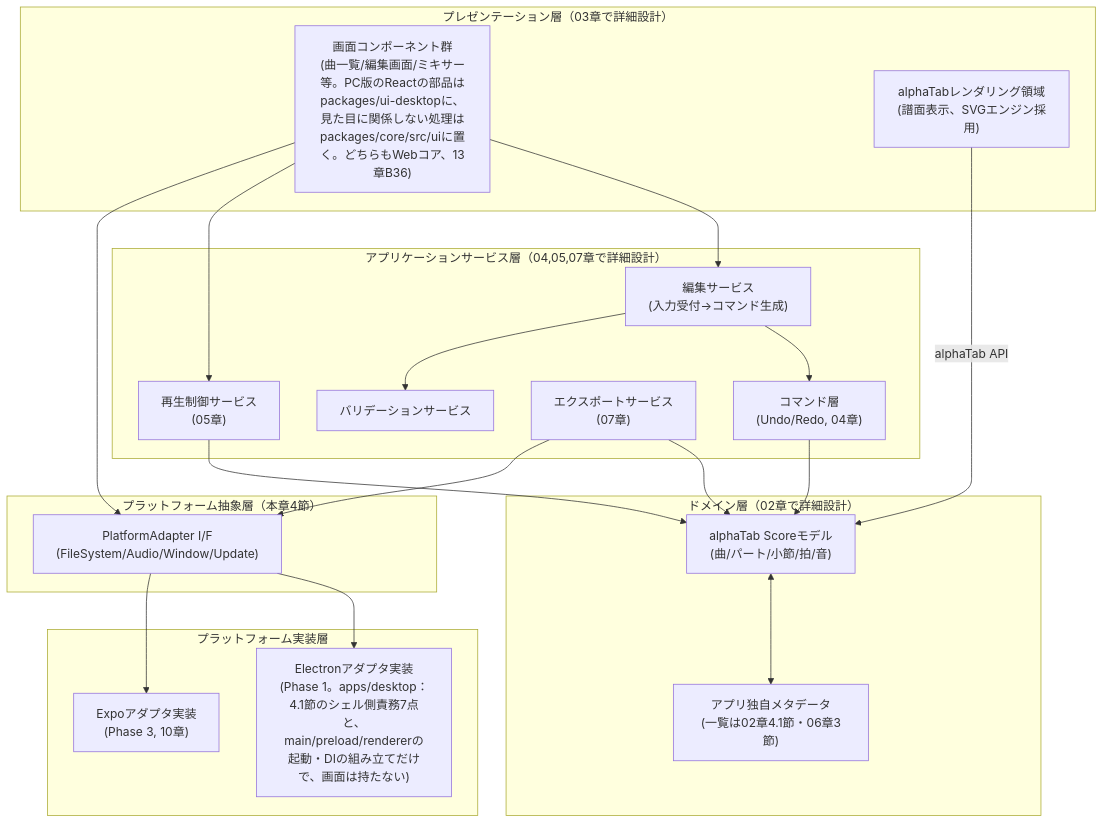
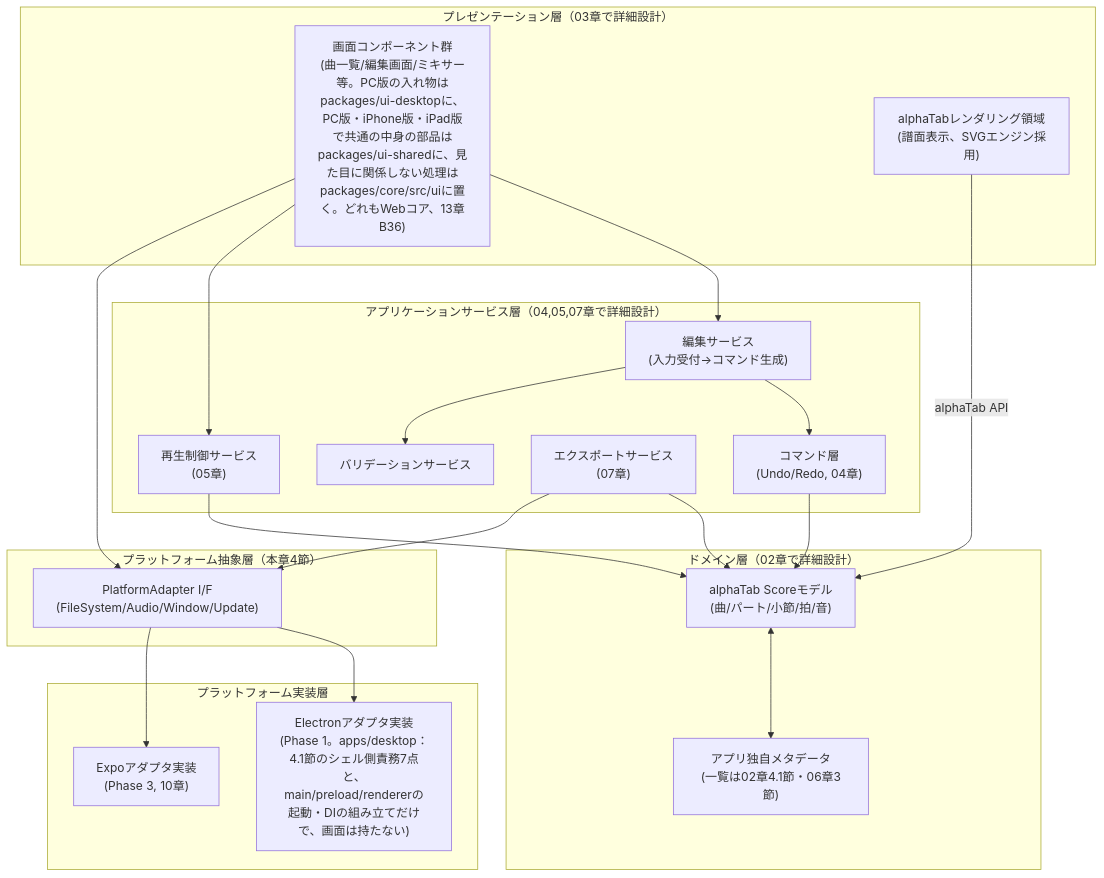
Before and after one commit to ippoooooshi/RiFF-LiNE: the first of 2 diagrams in docs/basic_design/01_architecture.md, drawn with Mermaid. The commit also changed other lines of this file and 6 other files, not shown here.

````diff
--- a/docs/basic_design/01_architecture.md
+++ b/docs/basic_design/01_architecture.md
@@ -13,38 +13,38 @@
 ```mermaid
 flowchart TB
     subgraph L1["プレゼンテーション層（03章で詳細設計）"]
-        SCR["画面コンポーネント群\n(曲一覧/編集画面/ミキサー等。PC版のReactの部品はpackages/ui-desktopに、見た目に関係しない処理はpackages/core/src/uiに置く。どちらもWebコア、13章B36)"]
+        SCR["画面コンポーネント群\n(曲一覧/編集画面/ミキサー等。PC版の入れ物はpackages/ui-desktopに、PC版・iPhone版・iPad版で共通の中身の部品はpackages/ui-sharedに、見た目に関係しない処理はpackages/core/src/uiに置く。どれもWebコア、13章B36)"]
         REND["alphaTabレンダリング領域\n(譜面表示、SVGエンジン採用)"]
     end
     subgraph L2["アプリケーションサービス層（04,05,07章で詳細設計）"]
         EDITSVC["編集サービス\n(入力受付→コマンド生成)"]
         CMD["コマンド層\n(Undo/Redo, 04章)"]
         PLAYSVC["再生制御サービス\n(05章)"]
         EXPORTSVC["エクスポートサービス\n(07章)"]
         VALID["バリデーションサービス"]
     end
     subgraph L3["ドメイン層（02章で詳細設計）"]
         SCORE["alphaTab Scoreモデル\n(曲/パート/小節/拍/音)"]
         META["アプリ独自メタデータ\n(一覧は02章4.1節・06章3節)"]
     end
     subgraph L4["プラットフォーム抽象層（本章4節）"]
         PADAPT["PlatformAdapter I/F\n(FileSystem/Audio/Window/Update)"]
     end
     subgraph L5["プラットフォーム実装層"]
         ELECTRON["Electronアダプタ実装\n(Phase 1。apps/desktop：4.1節のシェル側責務7点と、main/preload/rendererの起動・DIの組み立てだけで、画面は持たない)"]
         EXPO["Expoアダプタ実装\n(Phase 3, 10章)"]
     end
 
     SCR --> EDITSVC
     SCR --> PLAYSVC
     REND -->|alphaTab API| SCORE
     EDITSVC --> CMD --> SCORE
     EDITSVC --> VALID
     PLAYSVC --> SCORE
     EXPORTSVC --> SCORE
     SCORE <--> META
     SCR --> PADAPT
     EXPORTSVC --> PADAPT
     PADAPT --> ELECTRON
     PADAPT --> EXPO
 ```
````
